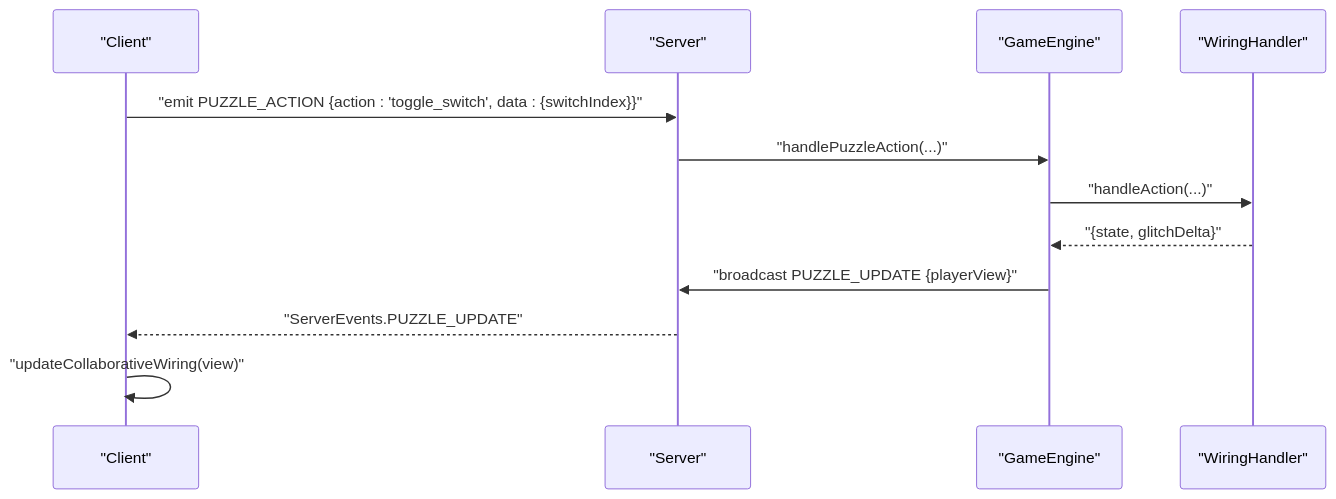
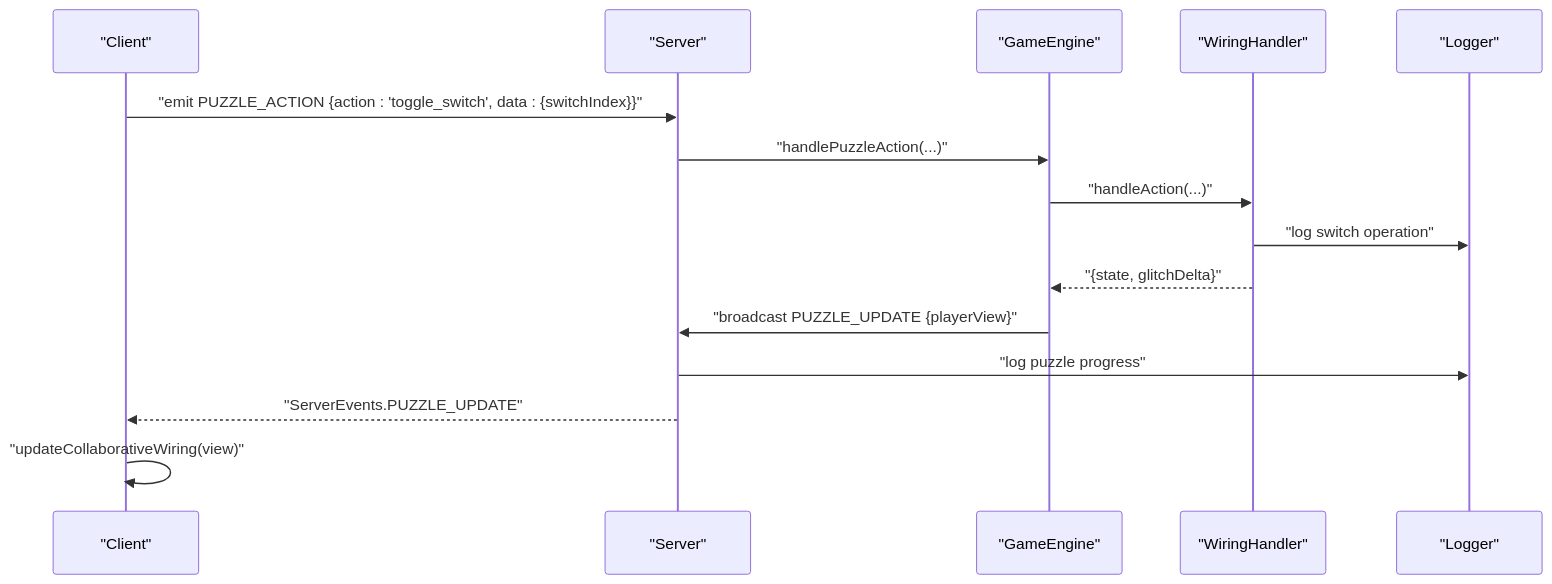
Before and after one commit to dkoukoul/escape-room-mvp: the eighth of 9 diagrams in .qoder/repowiki/en/content/Puzzle System/Collaborative Wiring Puzzle.md, drawn with Mermaid. The commit also changed other lines of this file and 21 other files, not shown here.

````diff
--- a/.qoder/repowiki/en/content/Puzzle System/Collaborative Wiring Puzzle.md
+++ b/.qoder/repowiki/en/content/Puzzle System/Collaborative Wiring Puzzle.md
@@ -280,14 +518,17 @@
 ```mermaid
 sequenceDiagram
 participant C as "Client"
 participant S as "Server"
 participant E as "GameEngine"
 participant H as "WiringHandler"
+participant L as "Logger"
 C->>S : "emit PUZZLE_ACTION {action : 'toggle_switch', data : {switchIndex}}"
 S->>E : "handlePuzzleAction(...)"
 E->>H : "handleAction(...)"
+H->>L : "log switch operation"
 H-->>E : "{state, glitchDelta}"
 E->>S : "broadcast PUZZLE_UPDATE {playerView}"
+S->>L : "log puzzle progress"
 S-->>C : "ServerEvents.PUZZLE_UPDATE"
 C->>C : "updateCollaborativeWiring(view)"
 ```
````
